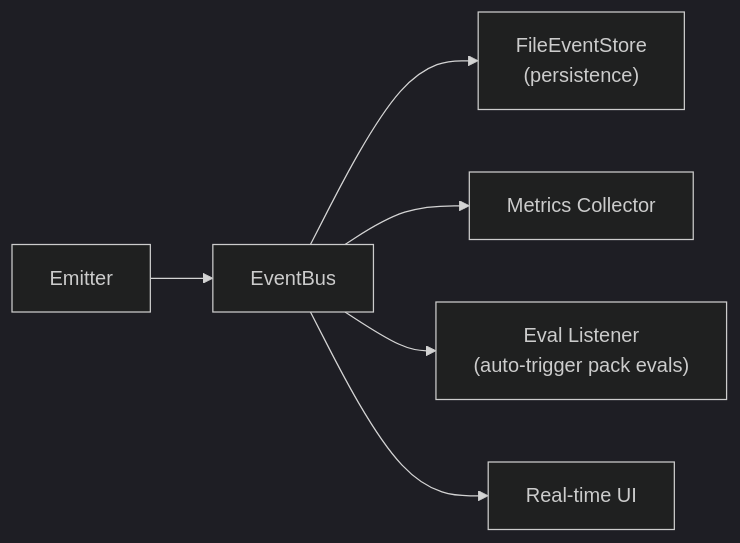
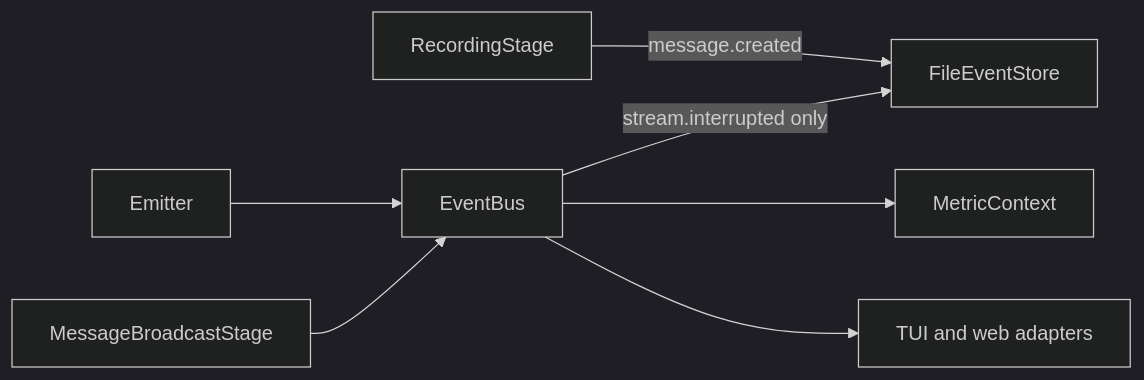
Before and after one commit to AltairaLabs/promptarena: the second of 3 diagrams in docs/src/content/docs/arena/explanation/session-recording.md, drawn with Mermaid (dark theme). The commit also changed other lines of this file and 51 other files, not shown here.

````diff
--- a/docs/src/content/docs/arena/explanation/session-recording.md
+++ b/docs/src/content/docs/arena/explanation/session-recording.md
@@ -49,8 +59,9 @@
 ```mermaid
 flowchart LR
+    rs["RecordingStage"] -->|message.created| fes["FileEventStore"]
     emitter["Emitter"] --> eventbus["EventBus"]
-    eventbus --> fes["FileEventStore<br/>(persistence)"]
-    eventbus --> mc["Metrics Collector"]
-    eventbus --> el["Eval Listener<br/>(auto-trigger pack evals)"]
-    eventbus --> ui["Real-time UI"]
+    mbs["MessageBroadcastStage"] --> eventbus
+    eventbus -->|stream.interrupted only| fes
+    eventbus --> mc["MetricContext"]
+    eventbus --> ui["TUI and web adapters"]
 ```
````
